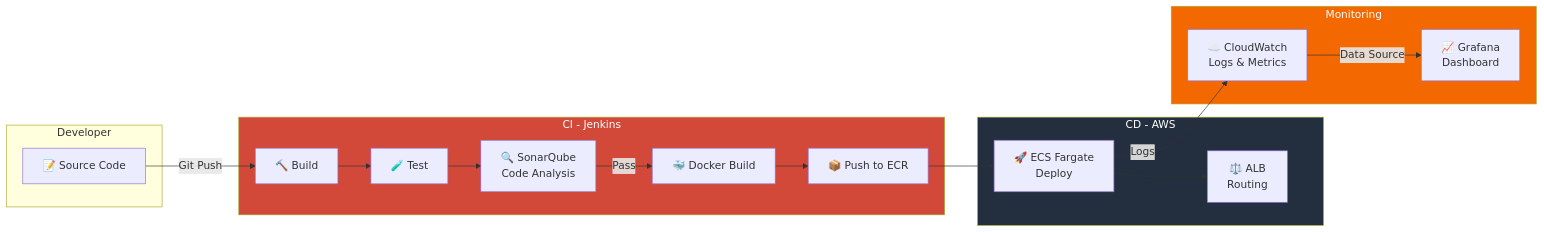
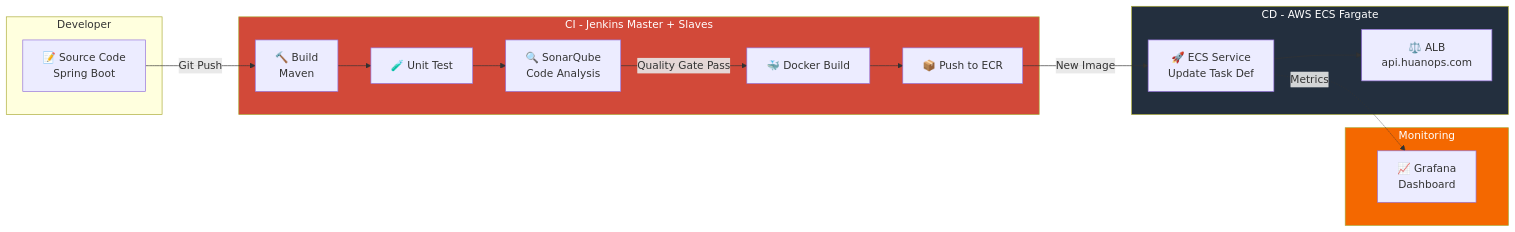
The third of 4 diagrams in README.md (senn404/AWS-ECS-Fargate-CI-CD-Pipeline), drawn with Mermaid before and after one commit. The commit also changed other lines of this file and 1 other file, not shown here.

Commit message:
docs: Expand README to include ECS Fargate workload details, Jenkins slave configuration, and refined network architecture diagrams.

````diff
--- a/README.md
+++ b/README.md
@@ -164,38 +220,36 @@
 ```mermaid
 flowchart LR
     subgraph Developer
-        Code["📝 Source Code"]
+        Code["📝 Source Code<br/>Spring Boot"]
     end
 
-    subgraph CI["CI - Jenkins"]
-        Build["🔨 Build"]
-        Test["🧪 Test"]
+    subgraph CI["CI - Jenkins Master + Slaves"]
+        Build["🔨 Build<br/>Maven"]
+        Test["🧪 Unit Test"]
         Scan["🔍 SonarQube<br/>Code Analysis"]
         DockerBuild["🐳 Docker Build"]
         Push["📦 Push to ECR"]
     end
 
-    subgraph CD["CD - AWS"]
-        ECS["🚀 ECS Fargate<br/>Deploy"]
-        ALBr["⚖️ ALB<br/>Routing"]
+    subgraph CD["CD - AWS ECS Fargate"]
+        ECS["🚀 ECS Service<br/>Update Task Def"]
+        ALBr["⚖️ ALB<br/>api.huanops.com"]
     end
 
-    subgraph Monitoring
-        CW["☁️ CloudWatch<br/>Logs & Metrics"]
+    subgraph Monitor["Monitoring"]
         Graf["📈 Grafana<br/>Dashboard"]
     end
 
     Code -->|Git Push| Build
     Build --> Test
     Test --> Scan
-    Scan -->|Pass| DockerBuild
+    Scan -->|Quality Gate Pass| DockerBuild
     DockerBuild --> Push
-    Push --> ECS
+    Push -->|New Image| ECS
     ECS --> ALBr
-    ECS -->|Logs| CW
-    CW -->|Data Source| Graf
+    ECS -.->|Metrics| Graf
 
     style CI fill:#D24939,color:#fff
     style CD fill:#232F3E,color:#fff
-    style Monitoring fill:#F46800,color:#fff
+    style Monitor fill:#F46800,color:#fff
 ```
````
